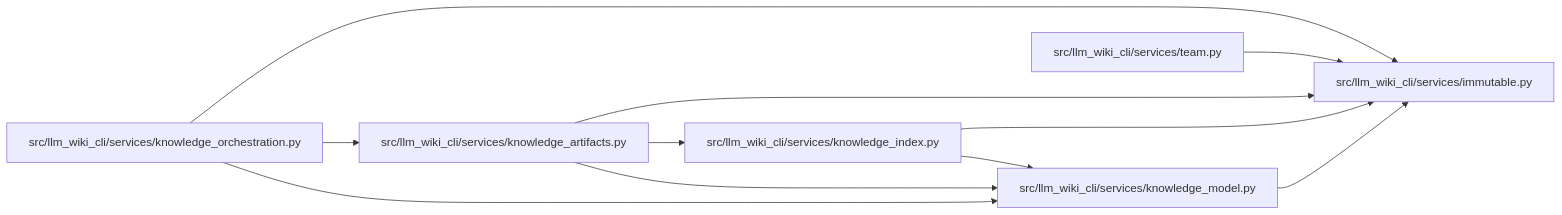
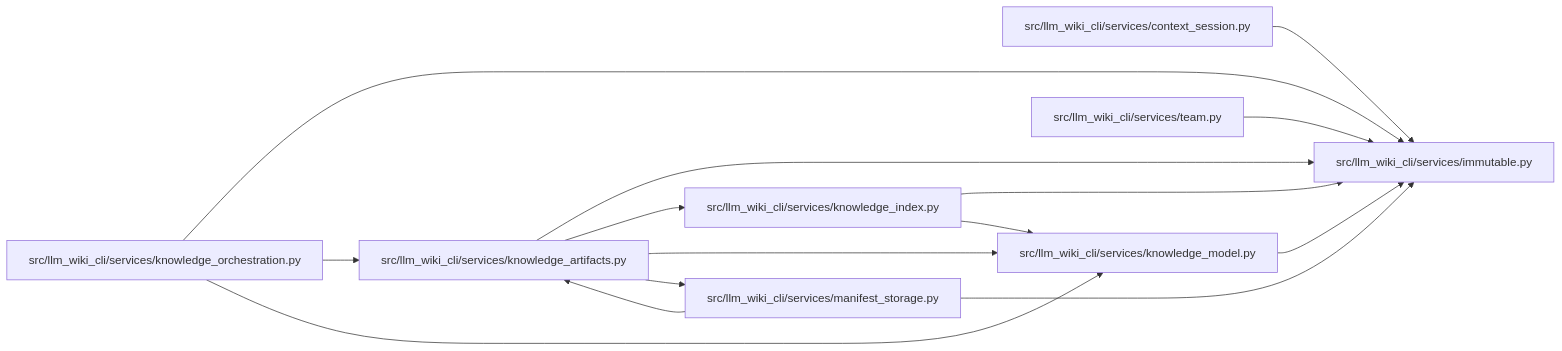
Before and after one commit to Denissvgn/python-wiki-llm: the diagram in docs/llm_wiki/modules/immutable.md, drawn with Mermaid. The commit also changed other lines of this file and 865 other files, not shown here.

First line of the commit message:
Add native task workflows and scalable indexed knowledge storage (#35)

````diff
--- a/docs/llm_wiki/modules/immutable.md
+++ b/docs/llm_wiki/modules/immutable.md
@@ -22,25 +22,33 @@
 ```mermaid
 flowchart LR
-    n0["src/llm_wiki_cli/services/immutable.py"]
-    n1["src/llm_wiki_cli/services/knowledge_artifacts.py"]
-    n2["src/llm_wiki_cli/services/knowledge_index.py"]
-    n3["src/llm_wiki_cli/services/knowledge_model.py"]
-    n4["src/llm_wiki_cli/services/knowledge_orchestration.py"]
-    n5["src/llm_wiki_cli/services/team.py"]
-    n1 --> n0
-    n1 --> n2
-    n1 --> n3
-    n2 --> n0
+    n0["src/llm_wiki_cli/services/context_session.py"]
+    n1["src/llm_wiki_cli/services/immutable.py"]
+    n2["src/llm_wiki_cli/services/knowledge_artifacts.py"]
+    n3["src/llm_wiki_cli/services/knowledge_index.py"]
+    n4["src/llm_wiki_cli/services/knowledge_model.py"]
+    n5["src/llm_wiki_cli/services/knowledge_orchestration.py"]
+    n6["src/llm_wiki_cli/services/manifest_storage.py"]
+    n7["src/llm_wiki_cli/services/team.py"]
+    n0 --> n1
+    n2 --> n1
     n2 --> n3
-    n3 --> n0
-    n4 --> n0
+    n2 --> n4
+    n2 --> n6
+    n3 --> n1
+    n3 --> n4
     n4 --> n1
-    n4 --> n3
-    n5 --> n0
-    click n0 "../modules/immutable.md"
-    click n1 "../modules/knowledge_artifacts.md"
-    click n2 "../modules/knowledge_index.md"
-    click n3 "../modules/knowledge_model.md"
-    click n4 "../modules/knowledge_orchestration.md"
-    click n5 "../modules/team.md"
+    n5 --> n1
+    n5 --> n2
+    n5 --> n4
+    n6 --> n1
+    n6 --> n2
+    n7 --> n1
+    click n0 "../modules/context_session.md"
+    click n1 "../modules/immutable.md"
+    click n2 "../modules/knowledge_artifacts.md"
+    click n3 "../modules/knowledge_index.md"
+    click n4 "../modules/knowledge_model.md"
+    click n5 "../modules/knowledge_orchestration.md"
+    click n6 "../modules/manifest_storage.md"
+    click n7 "../modules/team.md"
 ```
````
